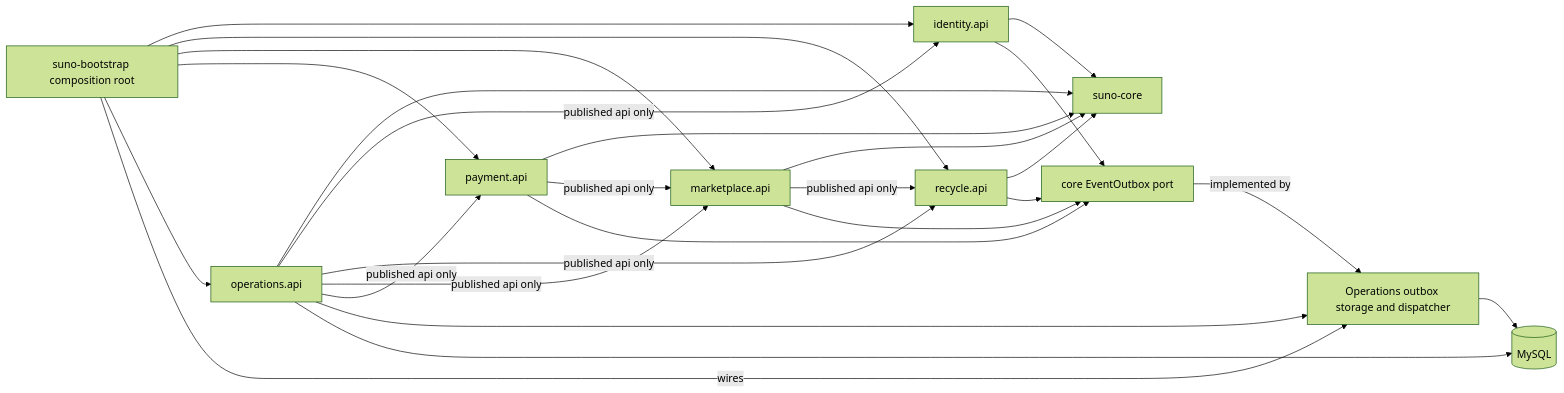
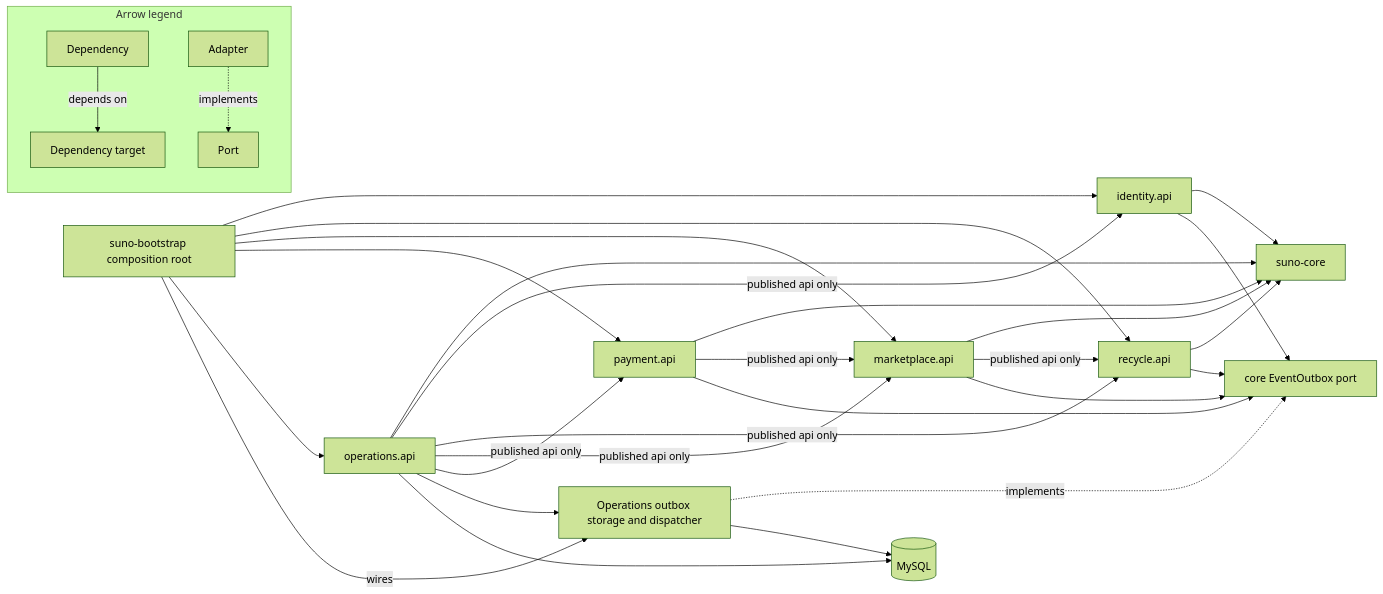
One commit to Kylinlixd/suno changed the diagram in docs/architecture/modules.md. Above: the diagram before and after it, drawn with Mermaid (forest theme). The commit also changed other lines of this file and 1 other file, not shown here.

Commit message:
docs: clarify outbox realization and module cache flow

````diff
--- a/docs/architecture/modules.md
+++ b/docs/architecture/modules.md
@@ -3,28 +3,32 @@
 ```mermaid
 flowchart LR
   B["suno-bootstrap composition root"] --> I["identity.api"]
   B --> R["recycle.api"]
   B --> M["marketplace.api"]
   B --> P["payment.api"]
   B --> O["operations.api"]
   I --> C["suno-core"]
   R --> C
   M --> C
   P --> C
   O --> C
   M -->|published api only| R
   P -->|published api only| M
   O -->|published api only| I
   O -->|published api only| R
   O -->|published api only| M
   O -->|published api only| P
   I --> EP["core EventOutbox port"]
   R --> EP
   M --> EP
   P --> EP
   O --> ES["Operations outbox storage and dispatcher"]
-  EP -->|implemented by| ES
+  ES -. implements .-> EP
   B -->|wires| ES
   ES --> DB[(MySQL)]
   O --> DB
+  subgraph L["Arrow legend"]
+    LD["Dependency"] -->|depends on| LP["Dependency target"]
+    LA["Adapter"] -. implements .-> LPort["Port"]
+  end
 ```
````
